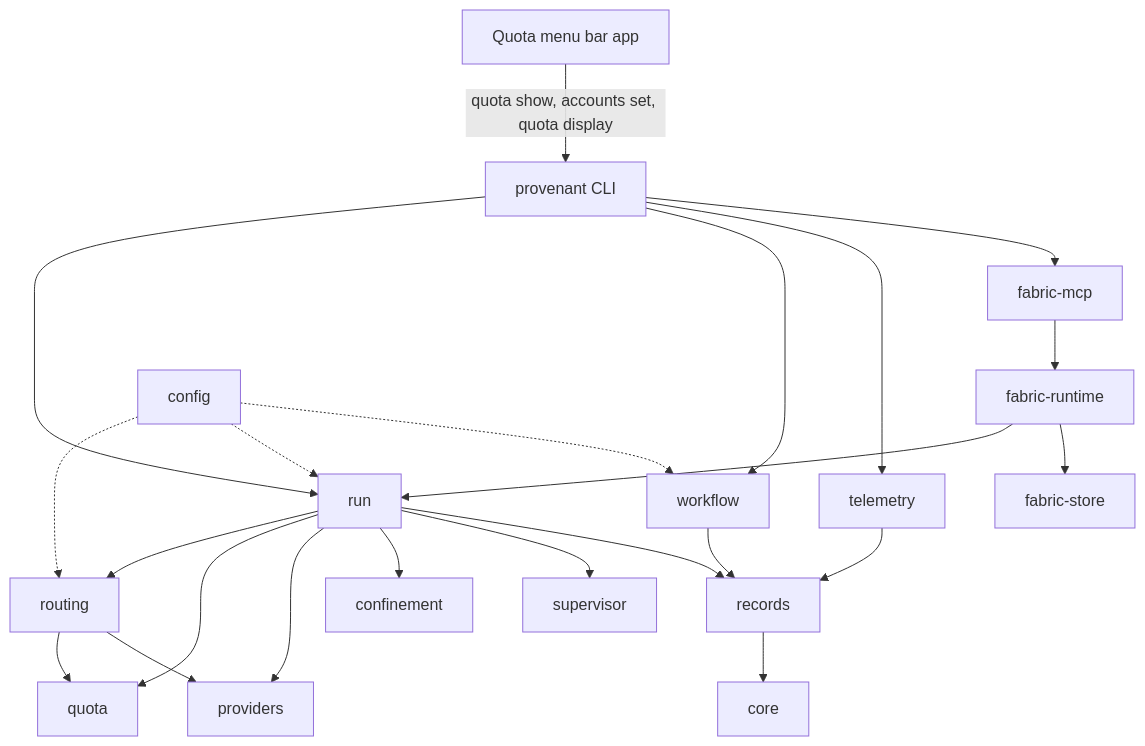
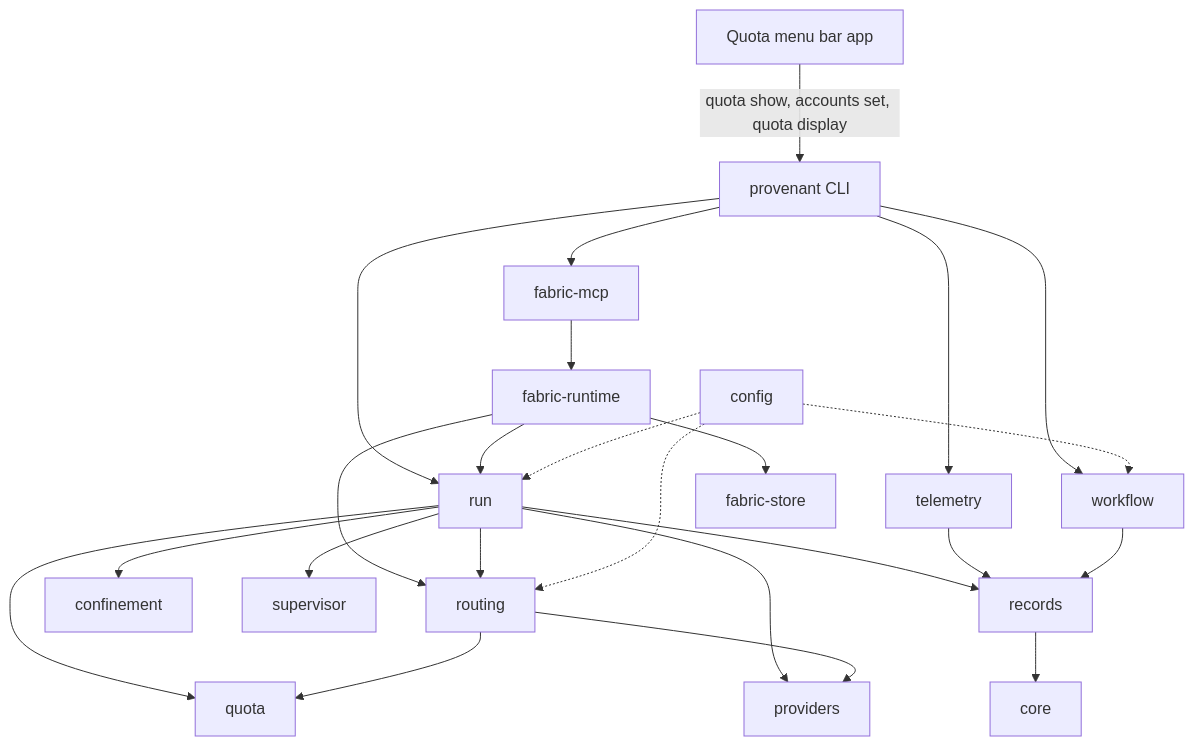
Before and after one commit to mblauberg/provenant: the first of 3 diagrams in docs/ARCHITECTURE.md, drawn with Mermaid. The commit also changed 1 other file, not shown here.

Commit message:
test(architecture): permit runtime fallback policy dependency
Refs #2819

````diff
--- a/docs/ARCHITECTURE.md
+++ b/docs/ARCHITECTURE.md
@@ -43,25 +43,26 @@
 ```mermaid
 flowchart TB
     App["Quota menu bar app"] -->|"quota show, accounts set, quota display"| CLI["provenant CLI"]
     CLI --> Run["run"]
     CLI --> Workflow["workflow"]
     CLI --> Telemetry["telemetry"]
     CLI --> MCP["fabric-mcp"]
     MCP --> Runtime["fabric-runtime"]
     Runtime --> Run
     Runtime --> FabricStore["fabric-store"]
+    Runtime --> Routing
     Run --> Routing["routing"]
     Run --> Quota["quota"]
     Run --> Providers["providers"]
     Run --> Confinement["confinement"]
     Run --> Supervisor["supervisor"]
     Run --> Records["records"]
     Routing --> Quota
     Routing --> Providers
     Config["config"] -.-> Routing
     Config -.-> Run
     Config -.-> Workflow
     Telemetry --> Records
     Workflow --> Records
     Records --> Core["core"]
 ```
````
